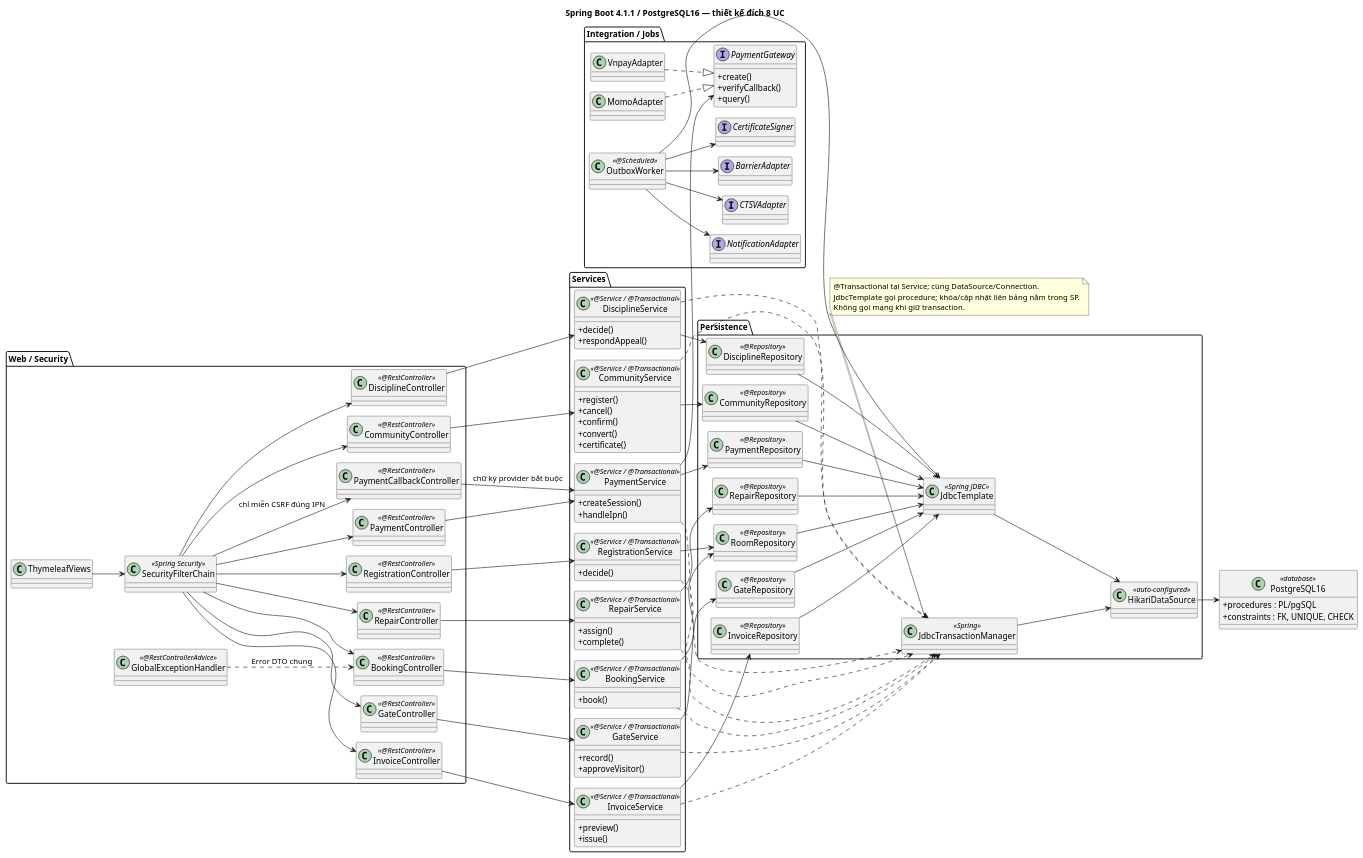
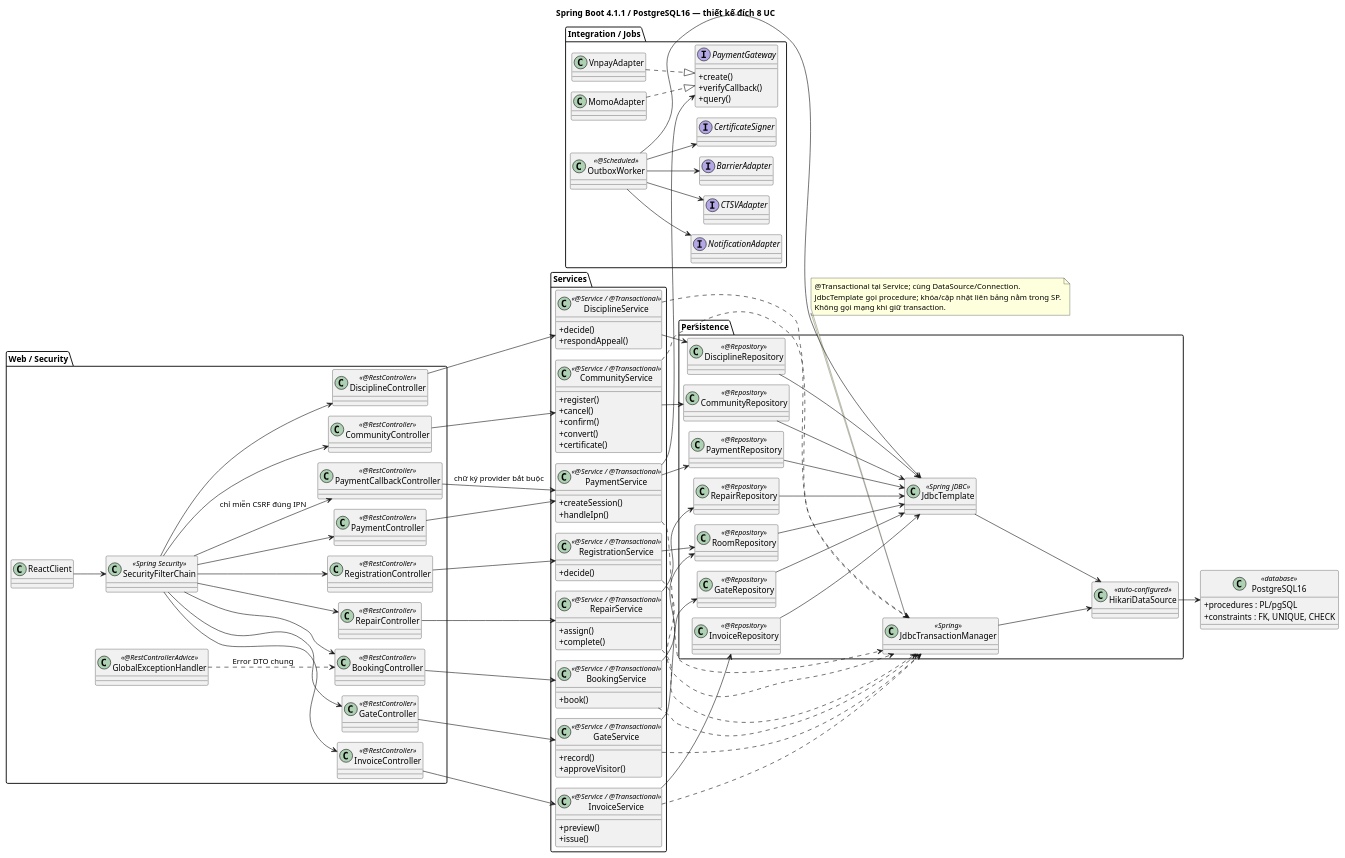
The diagram in docs/demo/class-diagrams/architecture.puml (caohoangphucs/hoc-cnpm), drawn with PlantUML before and after one commit. The commit also changed 218 other files, not shown here.

```diff
--- a/docs/demo/class-diagrams/architecture.puml
+++ b/docs/demo/class-diagrams/architecture.puml
@@ -1,144 +1,144 @@
 @startuml
 !pragma layout smetana
 skinparam classAttributeIconSize 0
 left to right direction
 title Spring Boot 4.1.1 / PostgreSQL16 — thiết kế đích 8 UC
 package "Web / Security" {
- class ThymeleafViews
+ class ReactClient
  class SecurityFilterChain <<Spring Security>>
  class GlobalExceptionHandler <<@RestControllerAdvice>>
  class BookingController <<@RestController>>
  class RegistrationController <<@RestController>>
  class InvoiceController <<@RestController>>
  class PaymentController <<@RestController>>
  class RepairController <<@RestController>>
  class GateController <<@RestController>>
  class DisciplineController <<@RestController>>
  class CommunityController <<@RestController>>
  class PaymentCallbackController <<@RestController>>
 }
 package "Services" {
  class BookingService <<@Service / @Transactional>> {
  +book()
 }
  class RegistrationService <<@Service / @Transactional>> {
  +decide()
 }
  class InvoiceService <<@Service / @Transactional>> {
  +preview()
  +issue()
 }
  class PaymentService <<@Service / @Transactional>> {
  +createSession()
  +handleIpn()
 }
  class RepairService <<@Service / @Transactional>> {
  +assign()
  +complete()
 }
  class GateService <<@Service / @Transactional>> {
  +record()
  +approveVisitor()
 }
  class DisciplineService <<@Service / @Transactional>> {
  +decide()
  +respondAppeal()
 }
  class CommunityService <<@Service / @Transactional>> {
  +register()
  +cancel()
  +confirm()
  +convert()
  +certificate()
 }
 }
 package "Persistence" {
  class RoomRepository <<@Repository>>
  class InvoiceRepository <<@Repository>>
  class PaymentRepository <<@Repository>>
  class RepairRepository <<@Repository>>
  class GateRepository <<@Repository>>
  class DisciplineRepository <<@Repository>>
  class CommunityRepository <<@Repository>>
  class JdbcTemplate <<Spring JDBC>>
  class JdbcTransactionManager <<Spring>>
  class HikariDataSource <<auto-configured>>
 }
 package "Integration / Jobs" {
  interface PaymentGateway {
   +create()
   +verifyCallback()
   +query()
  }
  class VnpayAdapter
  class MomoAdapter
  class OutboxWorker <<@Scheduled>>
  interface NotificationAdapter
  interface CTSVAdapter
  interface BarrierAdapter
  interface CertificateSigner
 }
 class PostgreSQL16 <<database>> {
  +procedures : PL/pgSQL
  +constraints : FK, UNIQUE, CHECK
 }
-ThymeleafViews --> SecurityFilterChain
+ReactClient --> SecurityFilterChain
 SecurityFilterChain --> BookingController
 BookingController --> BookingService
 BookingService --> RoomRepository
 BookingService ..> JdbcTransactionManager
 SecurityFilterChain --> RegistrationController
 RegistrationController --> RegistrationService
 RegistrationService --> RoomRepository
 RegistrationService ..> JdbcTransactionManager
 SecurityFilterChain --> InvoiceController
 InvoiceController --> InvoiceService
 InvoiceService --> InvoiceRepository
 InvoiceService ..> JdbcTransactionManager
 SecurityFilterChain --> PaymentController
 PaymentController --> PaymentService
 PaymentService --> PaymentRepository
 PaymentService ..> JdbcTransactionManager
 SecurityFilterChain --> RepairController
 RepairController --> RepairService
 RepairService --> RepairRepository
 RepairService ..> JdbcTransactionManager
 SecurityFilterChain --> GateController
 GateController --> GateService
 GateService --> GateRepository
 GateService ..> JdbcTransactionManager
 SecurityFilterChain --> DisciplineController
 DisciplineController --> DisciplineService
 DisciplineService --> DisciplineRepository
 DisciplineService ..> JdbcTransactionManager
 SecurityFilterChain --> CommunityController
 CommunityController --> CommunityService
 CommunityService --> CommunityRepository
 CommunityService ..> JdbcTransactionManager
 RoomRepository --> JdbcTemplate
 InvoiceRepository --> JdbcTemplate
 PaymentRepository --> JdbcTemplate
 RepairRepository --> JdbcTemplate
 GateRepository --> JdbcTemplate
 DisciplineRepository --> JdbcTemplate
 CommunityRepository --> JdbcTemplate
 SecurityFilterChain --> PaymentCallbackController : chỉ miễn CSRF đúng IPN
 PaymentCallbackController --> PaymentService : chữ ký provider bắt buộc
 PaymentService --> PaymentGateway
 VnpayAdapter ..|> PaymentGateway
 MomoAdapter ..|> PaymentGateway
 JdbcTemplate --> HikariDataSource
 JdbcTransactionManager --> HikariDataSource
 HikariDataSource --> PostgreSQL16
 OutboxWorker --> JdbcTemplate
 OutboxWorker --> NotificationAdapter
 OutboxWorker --> CTSVAdapter
 OutboxWorker --> BarrierAdapter
 OutboxWorker --> CertificateSigner
 GlobalExceptionHandler ..> BookingController : Error DTO chung
 note bottom of JdbcTransactionManager
  @Transactional tại Service; cùng DataSource/Connection.
  JdbcTemplate gọi procedure; khóa/cập nhật liên bảng nằm trong SP.
  Không gọi mạng khi giữ transaction.
 end note
 @enduml
```
